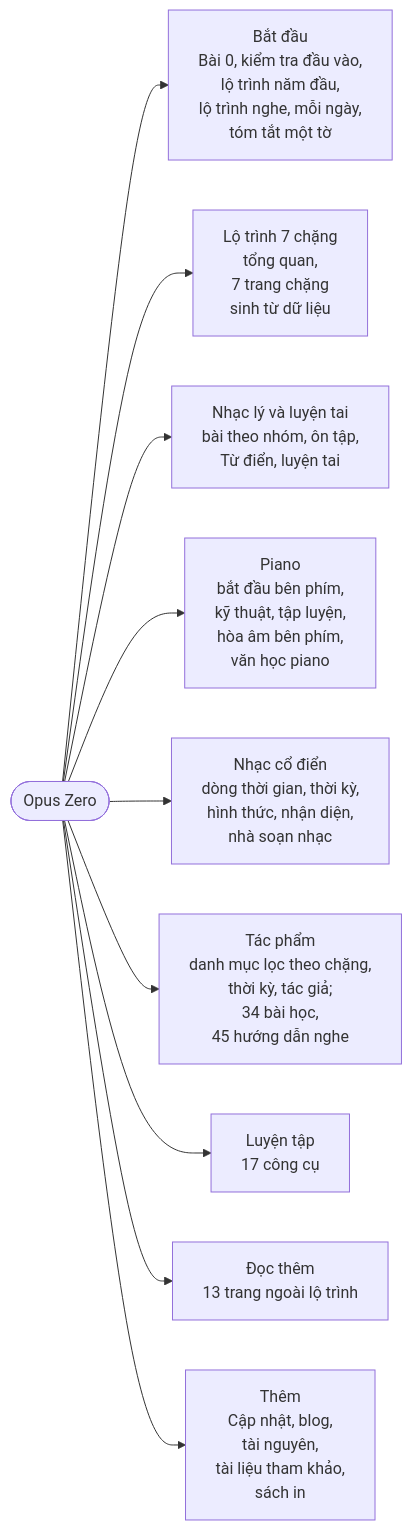
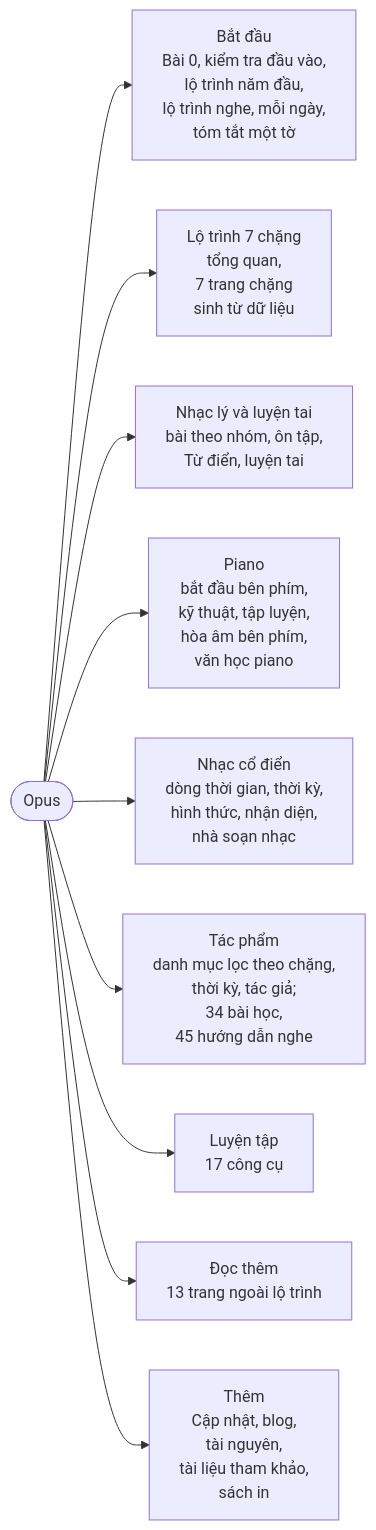
The fifth of 6 diagrams in plans/lam-lai/so-do.md (mtuann/opus), drawn with Mermaid before and after one commit. The commit also changed 16 other files, not shown here.

First line of the commit message:
D1.2b: giao diện bản B cộng phần đầu trang chủ của bản C, đổi tên site thành Opus

````diff
--- a/plans/lam-lai/so-do.md
+++ b/plans/lam-lai/so-do.md
@@ -67,12 +67,12 @@
 ```mermaid
 flowchart LR
-  OZ(["Opus Zero"]) --> M1["Bắt đầu<br/>Bài 0, kiểm tra đầu vào,<br/>lộ trình năm đầu,<br/>lộ trình nghe, mỗi ngày,<br/>tóm tắt một tờ"]
+  OZ(["Opus"]) --> M1["Bắt đầu<br/>Bài 0, kiểm tra đầu vào,<br/>lộ trình năm đầu,<br/>lộ trình nghe, mỗi ngày,<br/>tóm tắt một tờ"]
   OZ --> M2["Lộ trình 7 chặng<br/>tổng quan,<br/>7 trang chặng<br/>sinh từ dữ liệu"]
   OZ --> M3["Nhạc lý và luyện tai<br/>bài theo nhóm, ôn tập,<br/>Từ điển, luyện tai"]
   OZ --> M4["Piano<br/>bắt đầu bên phím,<br/>kỹ thuật, tập luyện,<br/>hòa âm bên phím,<br/>văn học piano"]
   OZ --> M5["Nhạc cổ điển<br/>dòng thời gian, thời kỳ,<br/>hình thức, nhận diện,<br/>nhà soạn nhạc"]
   OZ --> M6["Tác phẩm<br/>danh mục lọc theo chặng,<br/>thời kỳ, tác giả;<br/>34 bài học,<br/>45 hướng dẫn nghe"]
   OZ --> M7["Luyện tập<br/>17 công cụ"]
   OZ --> M8["Đọc thêm<br/>13 trang ngoài lộ trình"]
   OZ --> M9["Thêm<br/>Cập nhật, blog,<br/>tài nguyên,<br/>tài liệu tham khảo,<br/>sách in"]
 ```
````
